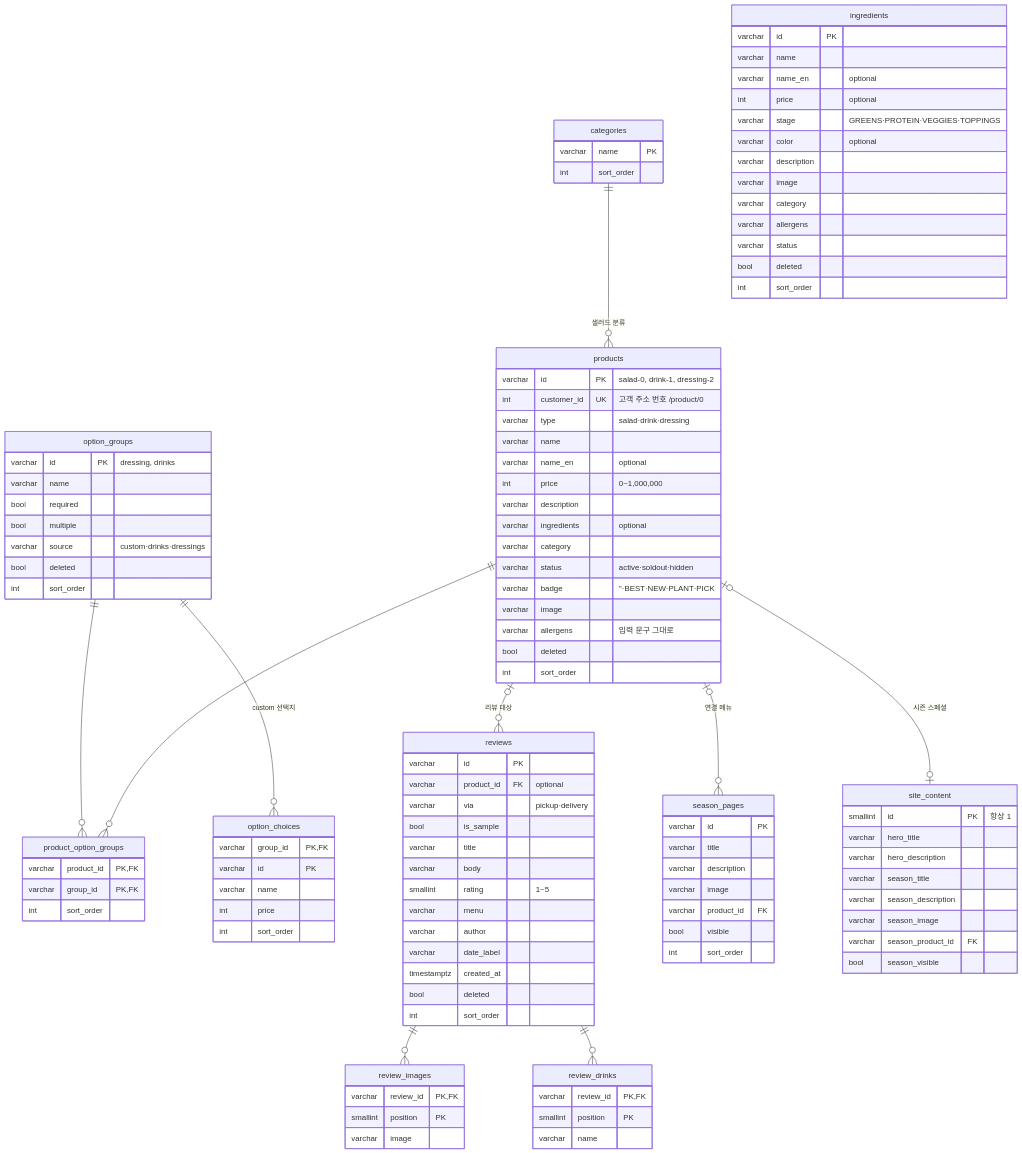
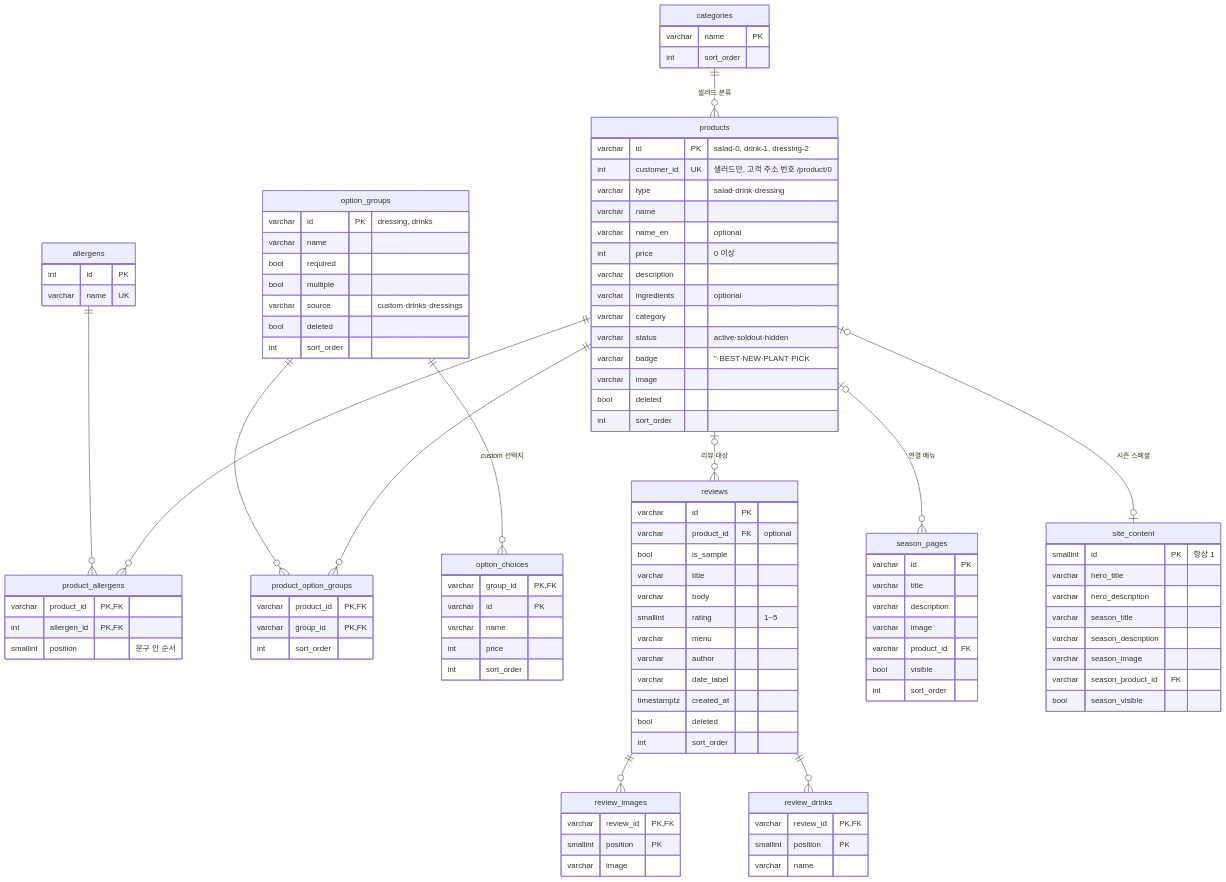
Before and after one commit to KANT-2/Front-5: the diagram in docs/db-design.md, drawn with Mermaid. The commit also changed other lines of this file and 2 other files, not shown here.

Commit message:
fix: PR #24 리뷰 반영 (알레르기 연관 테이블, 범위 체크·via·재료 제거)
- 정수 범위 체크 제거: customer_id, 가격 상한, 사진·음료 position (가격 0 이상·별점 1~5 만 유지)
- 알레르기: products.allergens 문자열 → allergens + product_allergens(N:M, position 으로 순서 보존)
- reviews.via 삭제 (배달 고정)
- ingredients(bowl match) 테이블 제외, 후속 작업으로 문서화
- seed.sql 을 customerSeed() 결과로 다시 생성 (상품 21, 알레르기 12종, 리뷰 48)
- PGlite 로 schema·seed 실행과 제약 조건 재검증

````diff
--- a/docs/db-design.md
+++ b/docs/db-design.md
@@ -15,6 +15,8 @@
 ```mermaid
 erDiagram
   categories ||--o{ products : "샐러드 분류"
+  products ||--o{ product_allergens : ""
+  allergens ||--o{ product_allergens : ""
   products ||--o{ product_option_groups : ""
   option_groups ||--o{ product_option_groups : ""
   option_groups ||--o{ option_choices : "custom 선택지"
@@ -26,20 +28,28 @@
 
   products {
     varchar id PK "salad-0, drink-1, dressing-2"
-    int customer_id UK "고객 주소 번호 /product/0"
+    int customer_id UK "샐러드만, 고객 주소 번호 /product/0"
     varchar type "salad·drink·dressing"
     varchar name
     varchar name_en "optional"
-    int price "0~1,000,000"
+    int price "0 이상"
     varchar description
     varchar ingredients "optional"
     varchar category
     varchar status "active·soldout·hidden"
     varchar badge "''·BEST·NEW·PLANT·PICK"
     varchar image
-    varchar allergens "입력 문구 그대로"
     bool deleted
     int sort_order
+  }
+  allergens {
+    int id PK
+    varchar name UK
+  }
+  product_allergens {
+    varchar product_id PK,FK
+    int allergen_id PK,FK
+    smallint position "문구 안 순서"
   }
   categories {
     varchar name PK
@@ -66,25 +76,9 @@
     varchar group_id PK,FK
     int sort_order
   }
-  ingredients {
-    varchar id PK
-    varchar name
-    varchar name_en "optional"
-    int price "optional"
-    varchar stage "GREENS·PROTEIN·VEGGIES·TOPPINGS"
-    varchar color "optional"
-    varchar description
-    varchar image
-    varchar category
-    varchar allergens
-    varchar status
-    bool deleted
-    int sort_order
-  }
   reviews {
     varchar id PK
     varchar product_id FK "optional"
-    varchar via "pickup·delivery"
     bool is_sample
     varchar title
     varchar body
````
